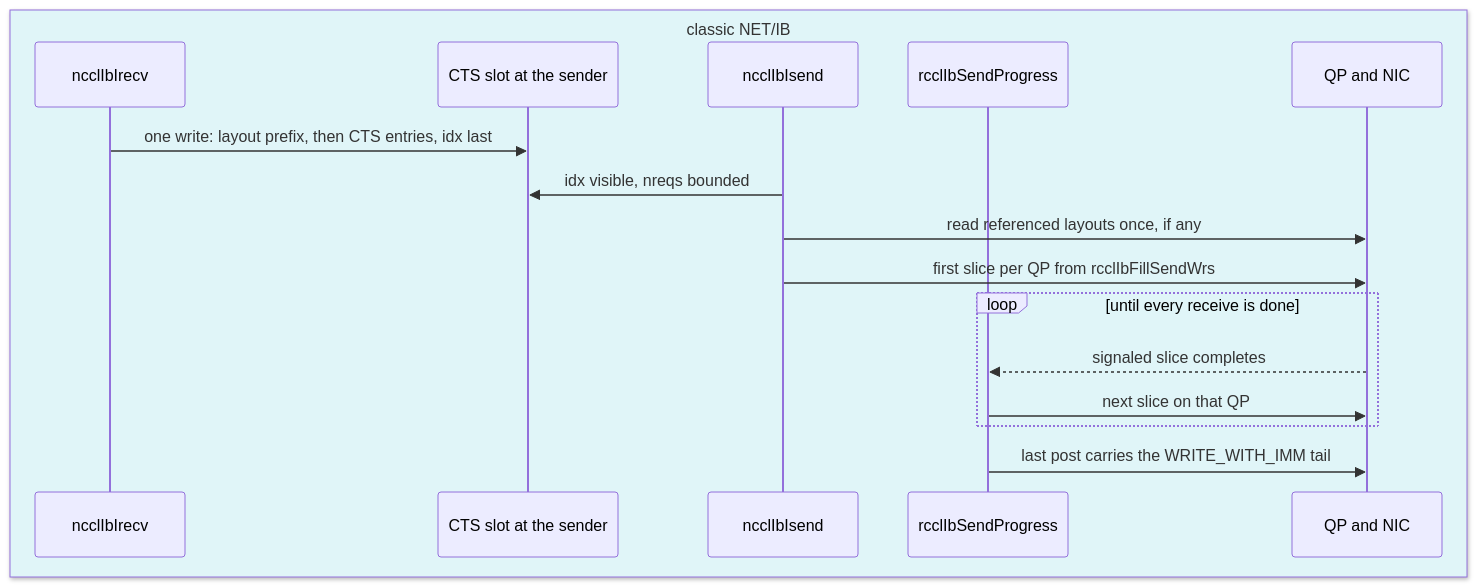
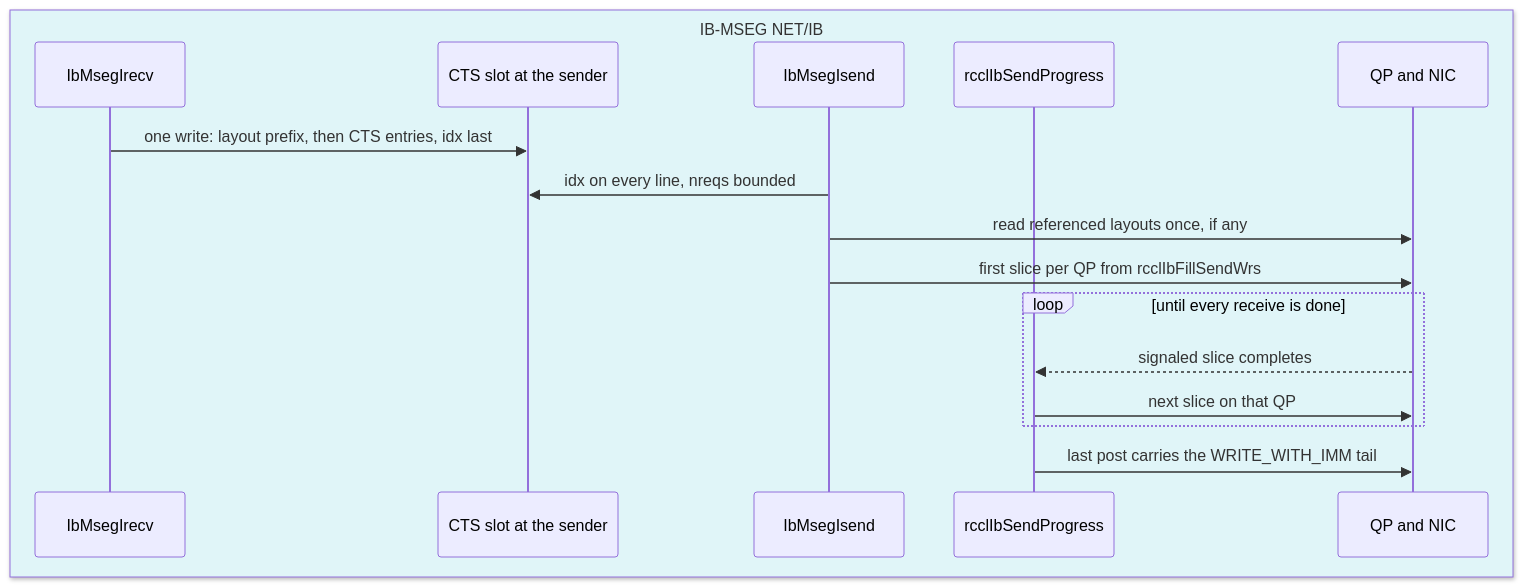
Before and after one commit to ROCm/rocm-systems: the first of 4 diagrams in projects/rccl/docs/design/multi_segment_netib_wire.md, drawn with Mermaid. The commit also changed other lines of this file and 16 other files, not shown here.

````diff
--- a/projects/rccl/docs/design/multi_segment_netib_wire.md
+++ b/projects/rccl/docs/design/multi_segment_netib_wire.md
@@ -12,20 +12,20 @@
 ```mermaid
-%% caption: Classic NET/IB P2P: one CTS write with the layout prefix, then sliced sends
+%% caption: IB-MSEG NET/IB P2P: one CTS write with the layout prefix, then sliced sends
 sequenceDiagram
- box rgb(224,245,248) classic NET/IB
- participant Rc as ncclIbIrecv
+ box rgb(224,245,248) IB-MSEG NET/IB
+ participant Rc as IbMsegIrecv
  participant S as CTS slot at the sender
- participant Sn as ncclIbIsend
+ participant Sn as IbMsegIsend
  participant P as rcclIbSendProgress
  participant Q as QP and NIC
  end
  Rc->>S: one write: layout prefix, then CTS entries, idx last
- Sn->>S: idx visible, nreqs bounded
+ Sn->>S: idx on every line, nreqs bounded
  Sn->>Q: read referenced layouts once, if any
  Sn->>Q: first slice per QP from rcclIbFillSendWrs
  loop until every receive is done
  Q-->>P: signaled slice completes
  P->>Q: next slice on that QP
  end
  P->>Q: last post carries the WRITE_WITH_IMM tail
 ```
````
